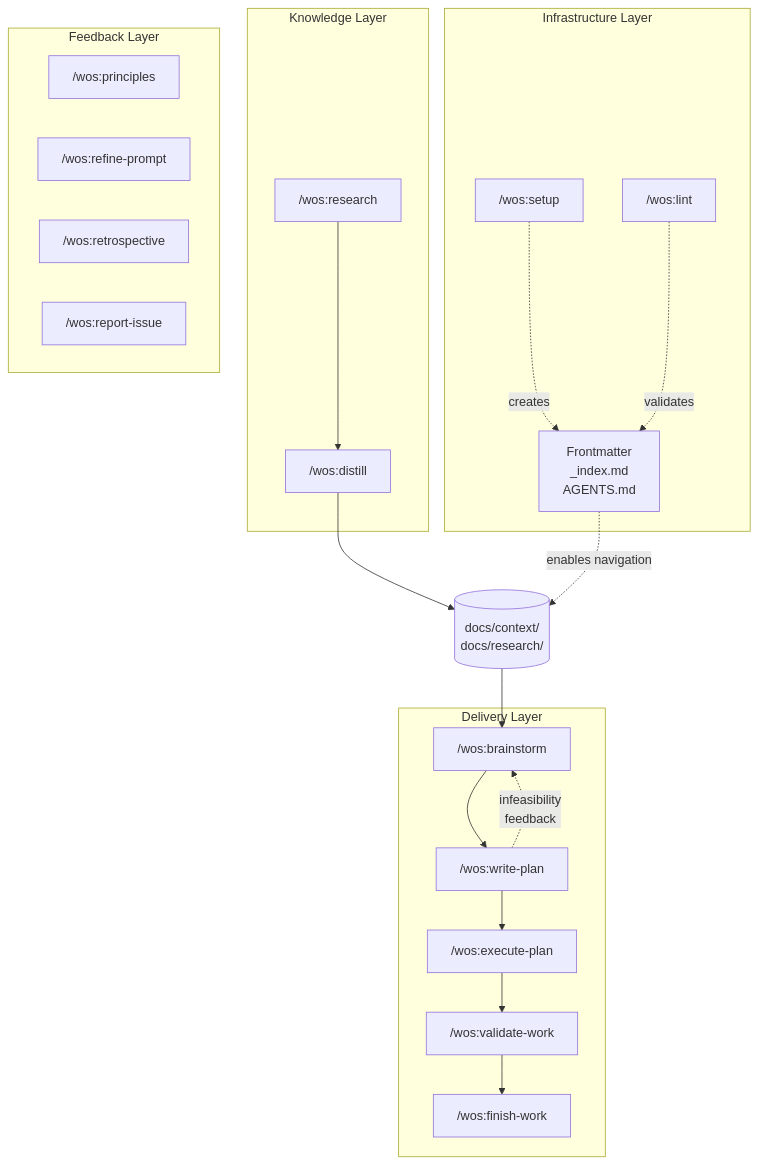
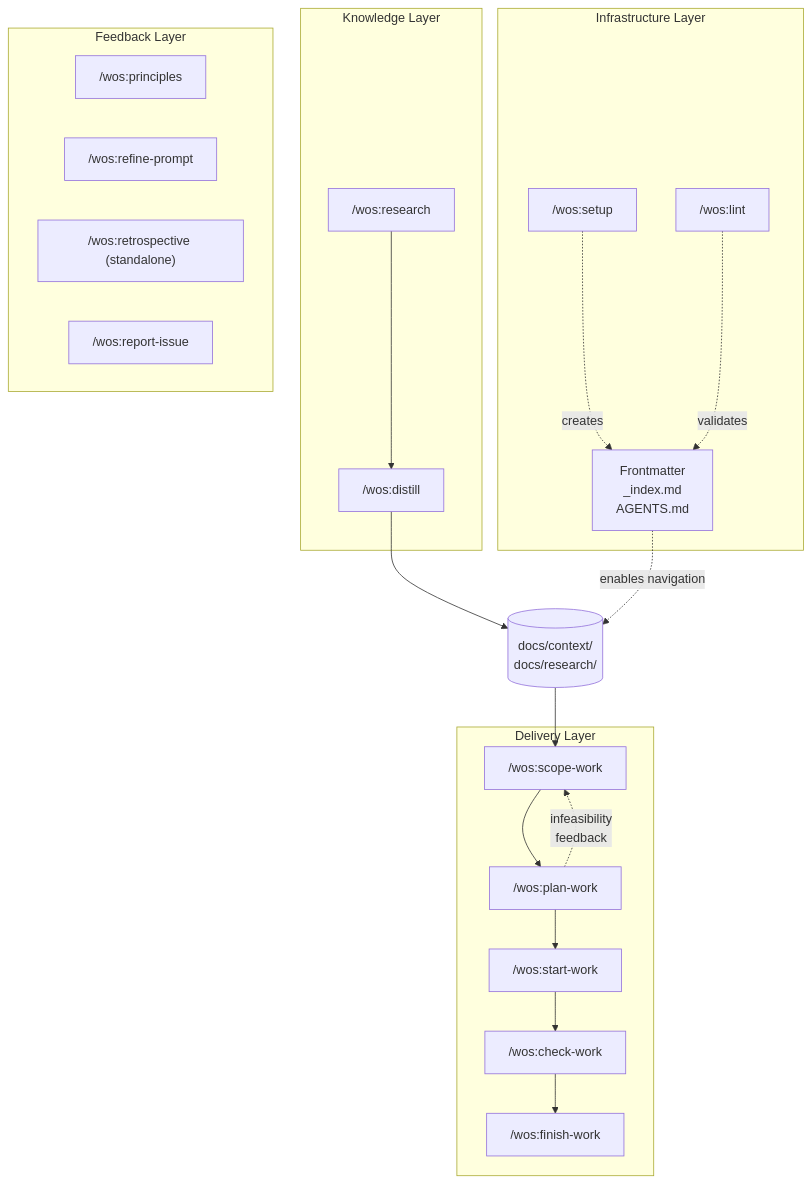
The diagram in OVERVIEW.md (bcbeidel/toolkit), drawn with Mermaid before and after one commit. The commit also changed other lines of this file and 68 other files, not shown here.

````diff
--- a/OVERVIEW.md
+++ b/OVERVIEW.md
@@ -9,32 +9,32 @@
 ```mermaid
 flowchart TB
     subgraph Knowledge["Knowledge Layer"]
         research["/wos:research"] --> distill["/wos:distill"]
     end
 
     distill --> context[("docs/context/\ndocs/research/")]
 
     subgraph Delivery["Delivery Layer"]
-        brainstorm["/wos:brainstorm"] --> writeplan["/wos:write-plan"]
-        writeplan --> executeplan["/wos:execute-plan"]
-        executeplan --> validatework["/wos:validate-work"]
-        validatework --> finishwork["/wos:finish-work"]
-        writeplan -."infeasibility\nfeedback".-> brainstorm
+        scopework["/wos:scope-work"] --> planwork["/wos:plan-work"]
+        planwork --> startwork["/wos:start-work"]
+        startwork --> checkwork["/wos:check-work"]
+        checkwork --> finishwork["/wos:finish-work"]
+        planwork -."infeasibility\nfeedback".-> scopework
     end
 
-    context --> brainstorm
+    context --> scopework
 
     subgraph Infrastructure["Infrastructure Layer"]
         init["/wos:setup"] -."creates".-> discovery["Frontmatter\n_index.md\nAGENTS.md"]
         lint["/wos:lint"] -."validates".-> discovery
     end
 
     discovery -."enables navigation".-> context
 
     subgraph Feedback["Feedback Layer"]
         principles["/wos:principles"]
         refineprompt["/wos:refine-prompt"]
-        retrospective["/wos:retrospective"]
+        retrospective["/wos:retrospective (standalone)"]
         reportissue["/wos:report-issue"]
     end
 ```
````
